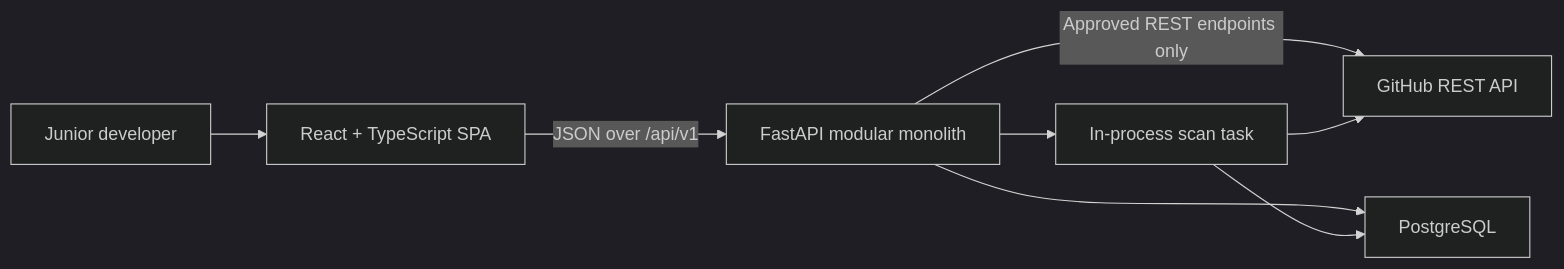
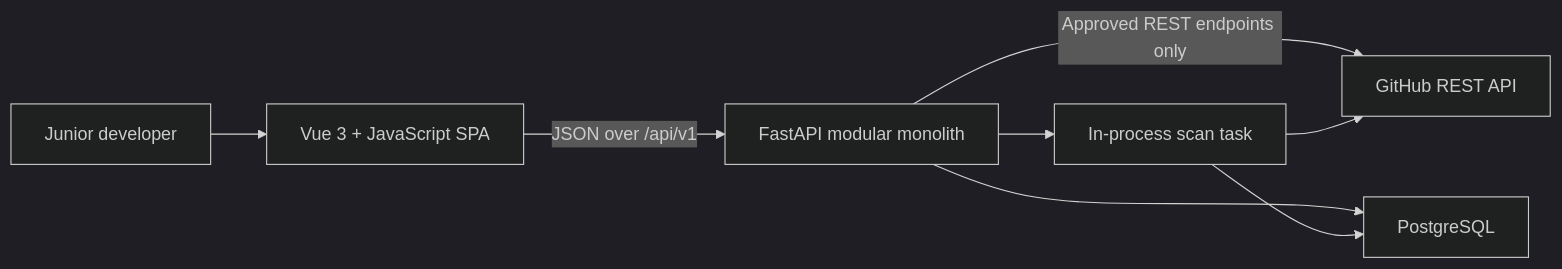
The diagram in docs/inception/ARCHITECTURE.md (Yash-Stark21/SkillProof), drawn with Mermaid (dark theme) before and after one commit. The commit also changed other lines of this file and 58 other files, not shown here.

Commit message:
Adopt Vue JavaScript client in SkillProof docs

````diff
--- a/docs/inception/ARCHITECTURE.md
+++ b/docs/inception/ARCHITECTURE.md
@@ -44,10 +44,10 @@
 ```mermaid
 flowchart LR
-    User["Junior developer"] --> Web["React + TypeScript SPA"]
+    User["Junior developer"] --> Web["Vue 3 + JavaScript SPA"]
     Web -->|"JSON over /api/v1"| API["FastAPI modular monolith"]
     API -->|"Approved REST endpoints only"| GitHub["GitHub REST API"]
     API --> DB["PostgreSQL"]
     API --> Runner["In-process scan task"]
     Runner --> GitHub
     Runner --> DB
 ```
````
